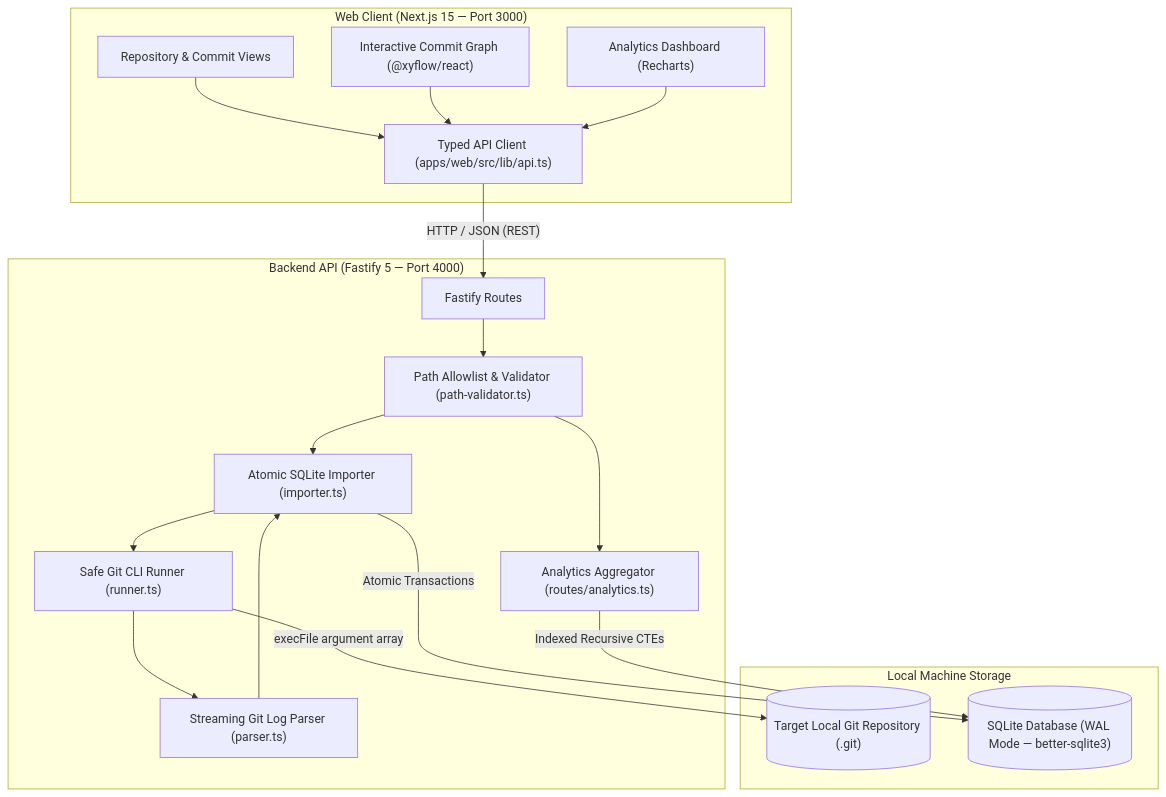
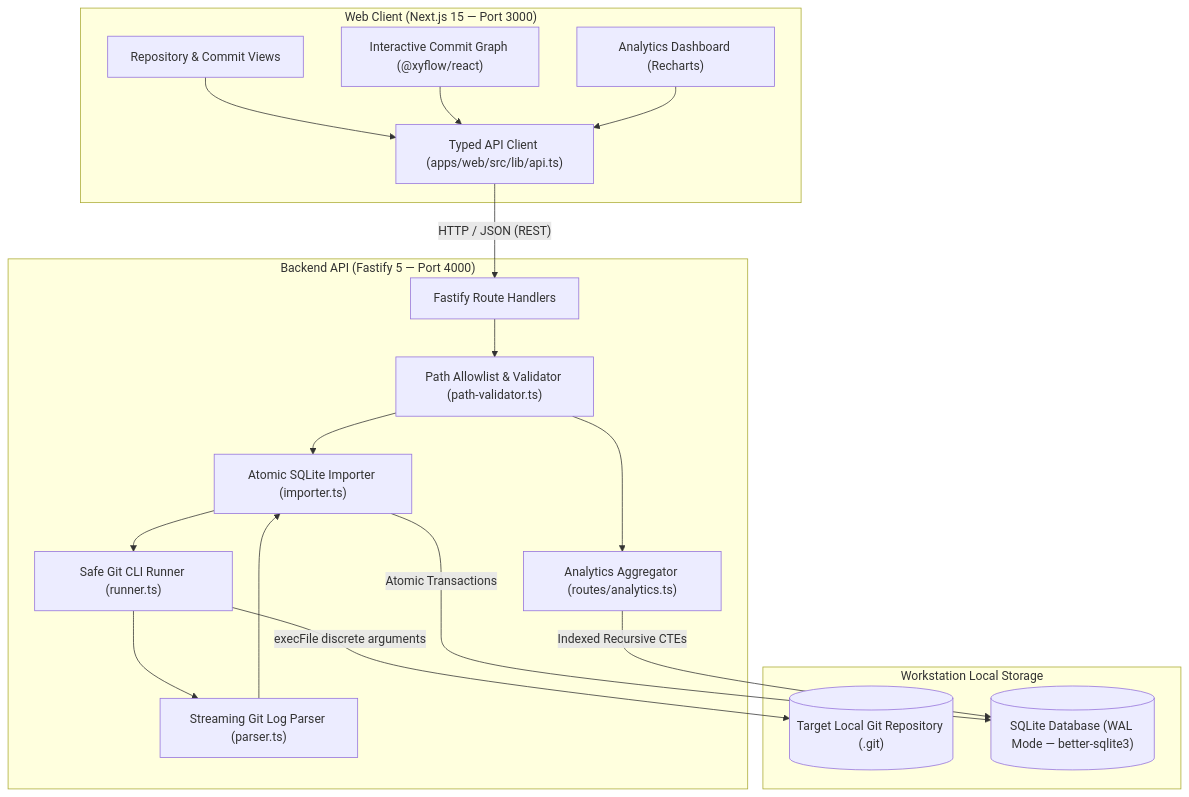
Before and after one commit to Justinianus2001/gitscope: the diagram in README.md, drawn with Mermaid. The commit also changed other lines of this file and 4 other files, not shown here.

````diff
--- a/README.md
+++ b/README.md
@@ -71,38 +111,38 @@
 ```mermaid
 graph TD
     subgraph Browser ["Web Client (Next.js 15 — Port 3000)"]
-        UI[Repository & Commit Views]
+        UI["Repository & Commit Views"]
         GraphView["Interactive Commit Graph (@xyflow/react)"]
         AnalyticsView["Analytics Dashboard (Recharts)"]
         ApiClient["Typed API Client (apps/web/src/lib/api.ts)"]
         UI --> ApiClient
         GraphView --> ApiClient
         AnalyticsView --> ApiClient
     end
 
     subgraph Server ["Backend API (Fastify 5 — Port 4000)"]
-        Router[Fastify Routes]
+        Router["Fastify Route Handlers"]
         Validator["Path Allowlist & Validator (path-validator.ts)"]
         Runner["Safe Git CLI Runner (runner.ts)"]
         Parser["Streaming Git Log Parser (parser.ts)"]
         Importer["Atomic SQLite Importer (importer.ts)"]
         AnalyticsEngine["Analytics Aggregator (routes/analytics.ts)"]
 
         Router --> Validator
         Validator --> Importer
         Validator --> AnalyticsEngine
         Importer --> Runner
         Runner --> Parser
         Parser --> Importer
     end
 
-    subgraph Storage ["Local Machine Storage"]
+    subgraph Storage ["Workstation Local Storage"]
         GitRepo[("Target Local Git Repository (.git)")]
         SqliteDB[("SQLite Database (WAL Mode — better-sqlite3)")]
     end
 
     ApiClient -->|"HTTP / JSON (REST)"| Router
-    Runner -->|execFile argument array| GitRepo
-    Importer -->|Atomic Transactions| SqliteDB
-    AnalyticsEngine -->|Indexed Recursive CTEs| SqliteDB
+    Runner -->|"execFile discrete arguments"| GitRepo
+    Importer -->|"Atomic Transactions"| SqliteDB
+    AnalyticsEngine -->|"Indexed Recursive CTEs"| SqliteDB
 ```
````
